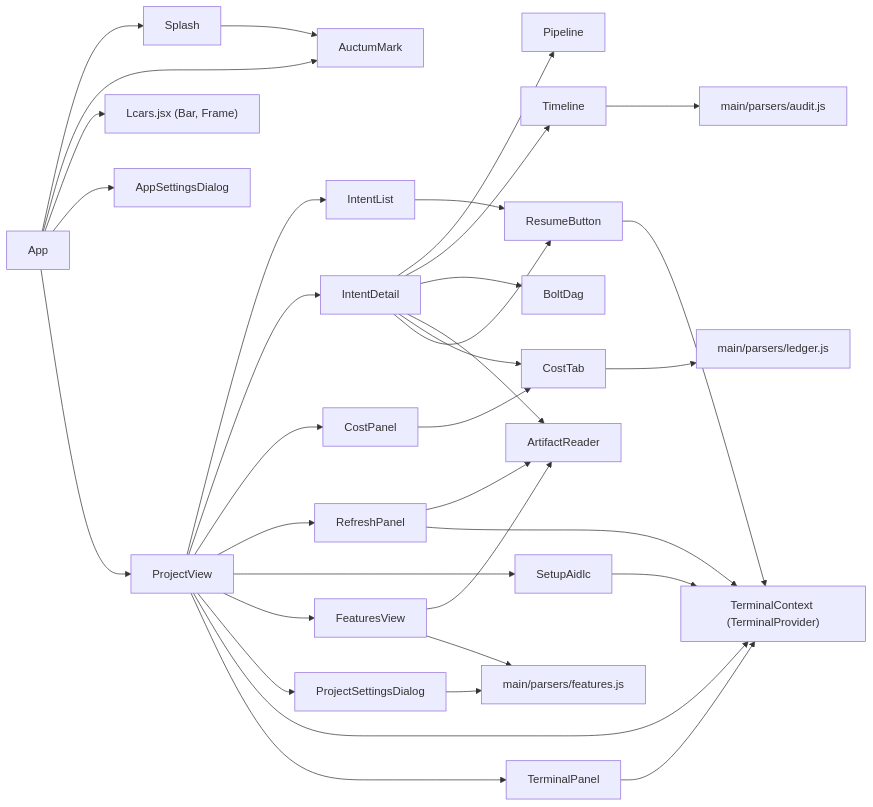
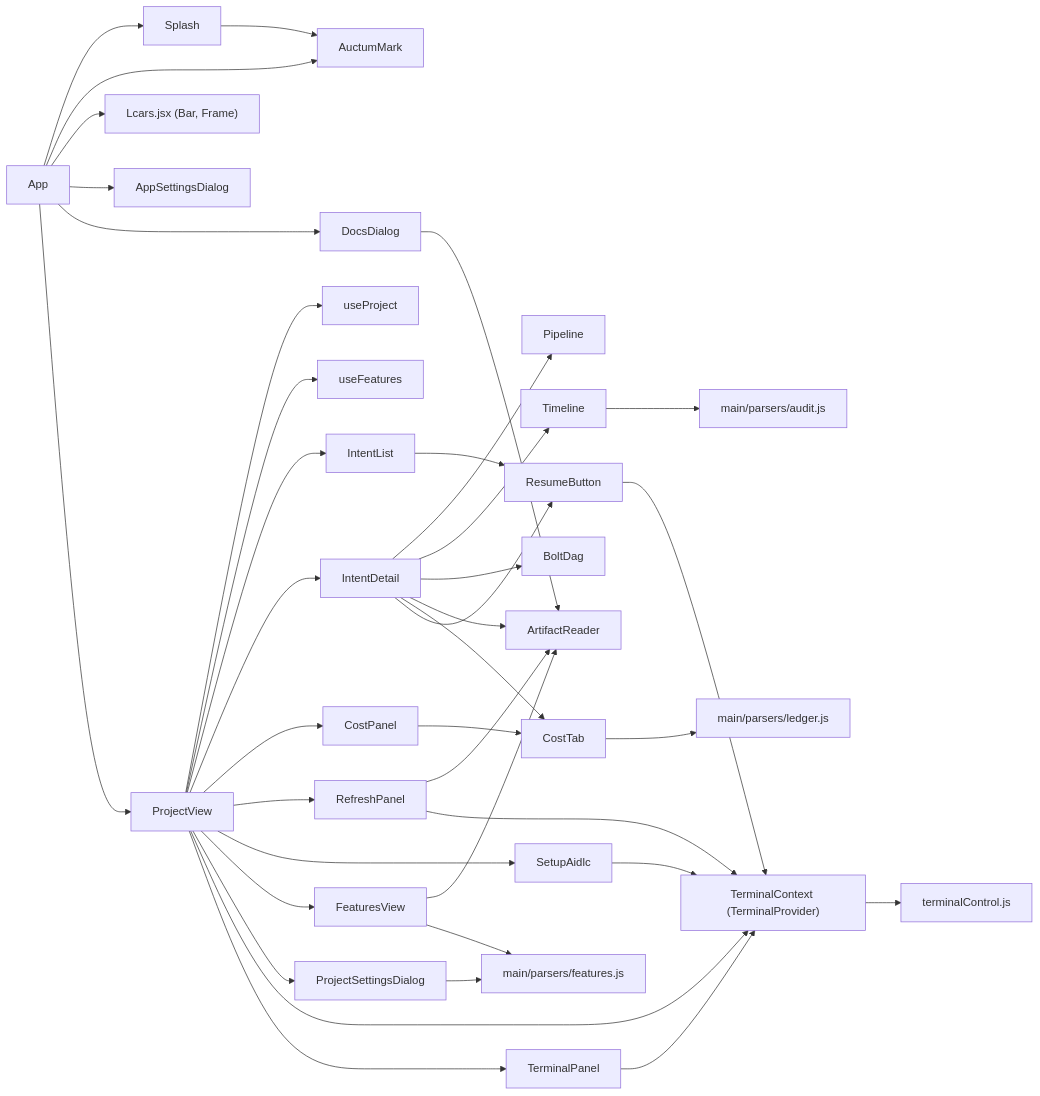
One commit to tochman/ai-dlc-thadeus changed the diagram in aidlc/spaces/default/codekb/aidlc-dash/dependencies.md. Above: the diagram before and after it, drawn with Mermaid. The commit also changed other lines of this file and 48 other files, not shown here.

````diff
--- a/aidlc/spaces/default/codekb/aidlc-dash/dependencies.md
+++ b/aidlc/spaces/default/codekb/aidlc-dash/dependencies.md
@@ -26,30 +26,34 @@
 ```mermaid
 flowchart LR
   App --> Splash --> AuctumMark
   App --> AuctumMark
   App --> Lcars["Lcars.jsx (Bar, Frame)"]
   App --> AppSettingsDialog
+  App --> DocsDialog --> ArtifactReader
   App --> ProjectView
+  ProjectView --> useProject
+  ProjectView --> useFeatures
   ProjectView --> IntentList --> ResumeButton
   ProjectView --> IntentDetail
   IntentDetail --> Pipeline
   IntentDetail --> Timeline
   IntentDetail --> BoltDag
   IntentDetail --> ArtifactReader
   IntentDetail --> CostTab
   IntentDetail --> ResumeButton
   ProjectView --> CostPanel --> CostTab
   ProjectView --> RefreshPanel --> ArtifactReader
   ProjectView --> SetupAidlc
   ProjectView --> FeaturesView --> ArtifactReader
   ProjectView --> ProjectSettingsDialog
   ProjectView --> TerminalProvider["TerminalContext (TerminalProvider)"]
   ProjectView --> TerminalPanel --> TerminalProvider
+  TerminalProvider --> TerminalControl["terminalControl.js"]
   ResumeButton --> TerminalProvider
   RefreshPanel --> TerminalProvider
   SetupAidlc --> TerminalProvider
   Timeline --> AuditParser["main/parsers/audit.js"]
   CostTab --> LedgerParser["main/parsers/ledger.js"]
   FeaturesView --> FeaturesParser["main/parsers/features.js"]
   ProjectSettingsDialog --> FeaturesParser
 ```
````
